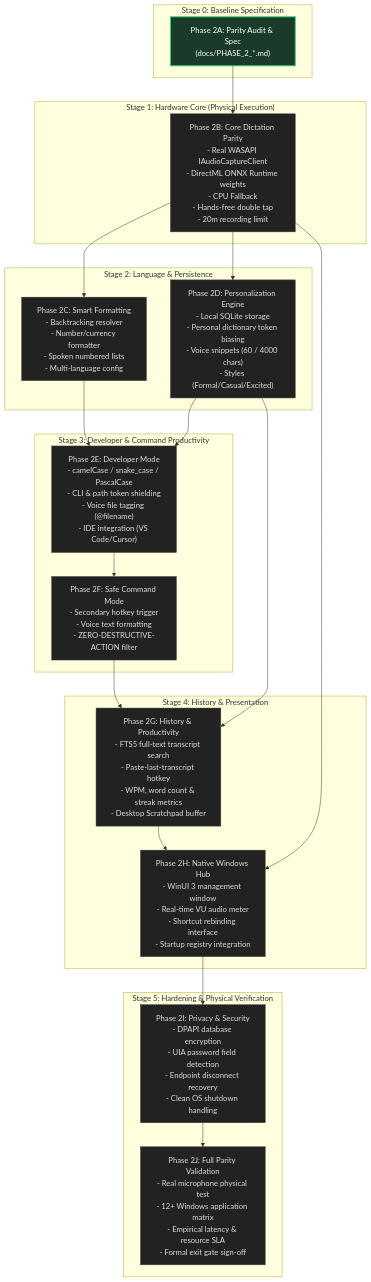
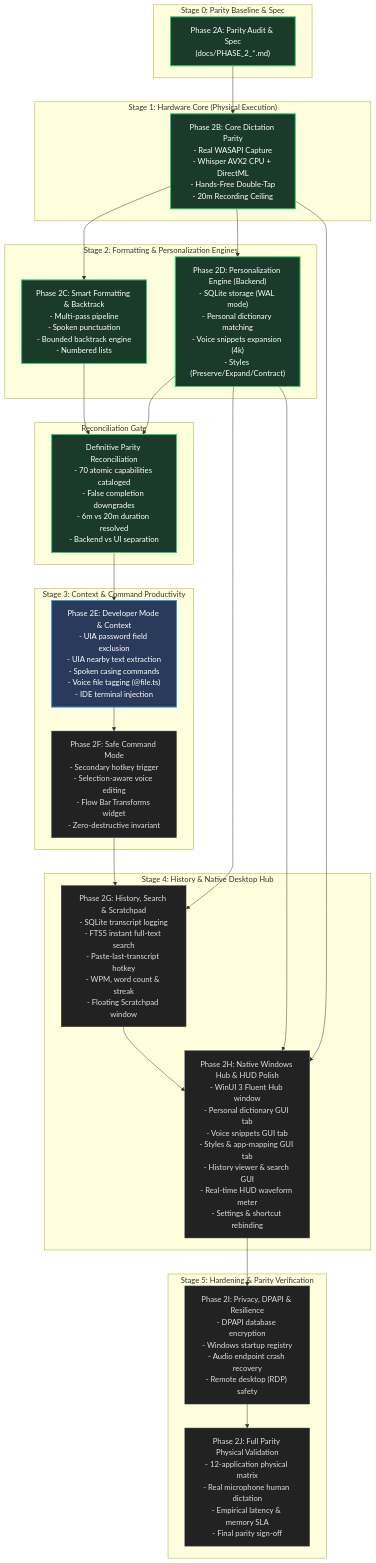
Before and after one commit to Barathwaj2006/FLOW: the diagram in docs/PHASE_2_DEPENDENCY_GRAPH.md, drawn with Mermaid. The commit also changed other lines of this file and 93 other files, not shown here.

Commit message:
chore: establish FLOW development baseline

````diff
--- a/docs/PHASE_2_DEPENDENCY_GRAPH.md
+++ b/docs/PHASE_2_DEPENDENCY_GRAPH.md
@@ -11,48 +11,57 @@
 ```mermaid
 flowchart TD
-    subgraph S0["Stage 0: Baseline Specification"]
+    subgraph S0["Stage 0: Parity Baseline & Spec"]
         P2A["Phase 2A: Parity Audit & Spec\n(docs/PHASE_2_*.md)"]
     end
 
     subgraph S1["Stage 1: Hardware Core (Physical Execution)"]
-        P2B["Phase 2B: Core Dictation Parity\n- Real WASAPI IAudioCaptureClient\n- DirectML ONNX Runtime weights\n- CPU Fallback\n- Hands-free double tap\n- 20m recording limit"]
+        P2B["Phase 2B: Core Dictation Parity\n- Real WASAPI Capture\n- Whisper AVX2 CPU + DirectML\n- Hands-Free Double-Tap\n- 20m Recording Ceiling"]
     end
 
-    subgraph S2["Stage 2: Language & Persistence"]
-        P2C["Phase 2C: Smart Formatting\n- Backtracking resolver\n- Number/currency formatter\n- Spoken numbered lists\n- Multi-language config"]
-        P2D["Phase 2D: Personalization Engine\n- Local SQLite storage\n- Personal dictionary token biasing\n- Voice snippets (60 / 4000 chars)\n- Styles (Formal/Casual/Excited)"]
+    subgraph S2["Stage 2: Formatting & Personalization Engines"]
+        P2C["Phase 2C: Smart Formatting & Backtrack\n- Multi-pass pipeline\n- Spoken punctuation\n- Bounded backtrack engine\n- Numbered lists"]
+        P2D["Phase 2D: Personalization Engine (Backend)\n- SQLite storage (WAL mode)\n- Personal dictionary matching\n- Voice snippets expansion (4k)\n- Styles (Preserve/Expand/Contract)"]
     end
 
-    subgraph S3["Stage 3: Developer & Command Productivity"]
-        P2E["Phase 2E: Developer Mode\n- camelCase / snake_case / PascalCase\n- CLI & path token shielding\n- Voice file tagging (@filename)\n- IDE integration (VS Code/Cursor)"]
-        P2F["Phase 2F: Safe Command Mode\n- Secondary hotkey trigger\n- Voice text formatting\n- ZERO-DESTRUCTIVE-ACTION filter"]
+    subgraph SG["Reconciliation Gate"]
+        PRG["Definitive Parity Reconciliation\n- 70 atomic capabilities cataloged\n- False completion downgrades\n- 6m vs 20m duration resolved\n- Backend vs UI separation"]
     end
 
-    subgraph S4["Stage 4: History & Presentation"]
-        P2G["Phase 2G: History & Productivity\n- FTS5 full-text transcript search\n- Paste-last-transcript hotkey\n- WPM, word count & streak metrics\n- Desktop Scratchpad buffer"]
-        P2H["Phase 2H: Native Windows Hub\n- WinUI 3 management window\n- Real-time VU audio meter\n- Shortcut rebinding interface\n- Startup registry integration"]
+    subgraph S3["Stage 3: Context & Command Productivity"]
+        P2E["Phase 2E: Developer Mode & Context\n- UIA password field exclusion\n- UIA nearby text extraction\n- Spoken casing commands\n- Voice file tagging (@file.ts)\n- IDE terminal injection"]
+        P2F["Phase 2F: Safe Command Mode\n- Secondary hotkey trigger\n- Selection-aware voice editing\n- Flow Bar Transforms widget\n- Zero-destructive invariant"]
     end
 
-    subgraph S5["Stage 5: Hardening & Physical Verification"]
-        P2I["Phase 2I: Privacy & Security\n- DPAPI database encryption\n- UIA password field detection\n- Endpoint disconnect recovery\n- Clean OS shutdown handling"]
-        P2J["Phase 2J: Full Parity Validation\n- Real microphone physical test\n- 12+ Windows application matrix\n- Empirical latency & resource SLA\n- Formal exit gate sign-off"]
+    subgraph S4["Stage 4: History & Native Desktop Hub"]
+        P2G["Phase 2G: History, Search & Scratchpad\n- SQLite transcript logging\n- FTS5 instant full-text search\n- Paste-last-transcript hotkey\n- WPM, word count & streak\n- Floating Scratchpad window"]
+        P2H["Phase 2H: Native Windows Hub & HUD Polish\n- WinUI 3 Fluent Hub window\n- Personal dictionary GUI tab\n- Voice snippets GUI tab\n- Styles & app-mapping GUI tab\n- History viewer & search GUI\n- Real-time HUD waveform meter\n- Settings & shortcut rebinding"]
+    end
+
+    subgraph S5["Stage 5: Hardening & Parity Verification"]
+        P2I["Phase 2I: Privacy, DPAPI & Resilience\n- DPAPI database encryption\n- Windows startup registry\n- Audio endpoint crash recovery\n- Remote desktop (RDP) safety"]
+        P2J["Phase 2J: Full Parity Physical Validation\n- 12-application physical matrix\n- Real microphone human dictation\n- Empirical latency & memory SLA\n- Final parity sign-off"]
     end
 
     P2A --> P2B
     P2B --> P2C
     P2B --> P2D
-    P2C --> P2E
-    P2D --> P2E
+    P2C --> PRG
+    P2D --> PRG
+    PRG --> P2E
     P2E --> P2F
     P2D --> P2G
     P2F --> P2G
     P2G --> P2H
+    P2D --> P2H
     P2B --> P2H
     P2H --> P2I
     P2I --> P2J
 
     classDef completed fill:#1a3a2a,stroke:#2ecc71,stroke-width:2px,color:#ffffff;
+    classDef current fill:#2a3a5a,stroke:#3498db,stroke-width:2px,color:#ffffff;
     classDef pending fill:#222,stroke:#444,stroke-width:1px,color:#ddd;
-    class P2A completed;
-    class P2B,P2C,P2D,P2E,P2F,P2G,P2H,P2I,P2J pending;
+
+    class P2A,P2B,P2C,P2D,PRG completed;
+    class P2E current;
+    class P2F,P2G,P2H,P2I,P2J pending;
 ```
````
